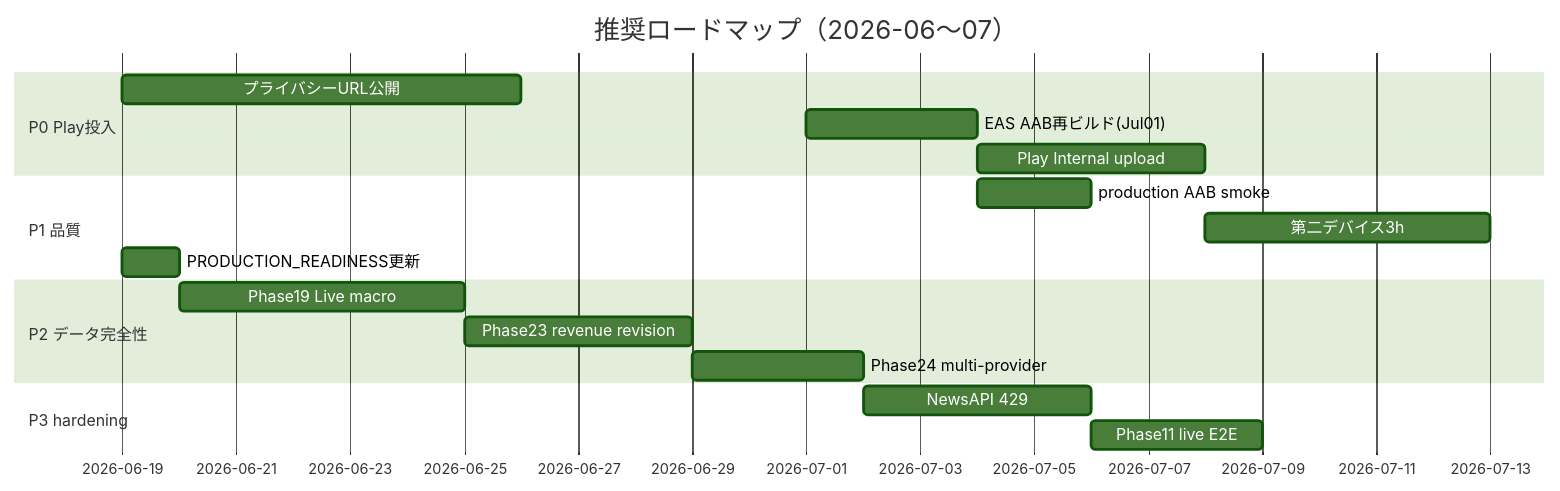
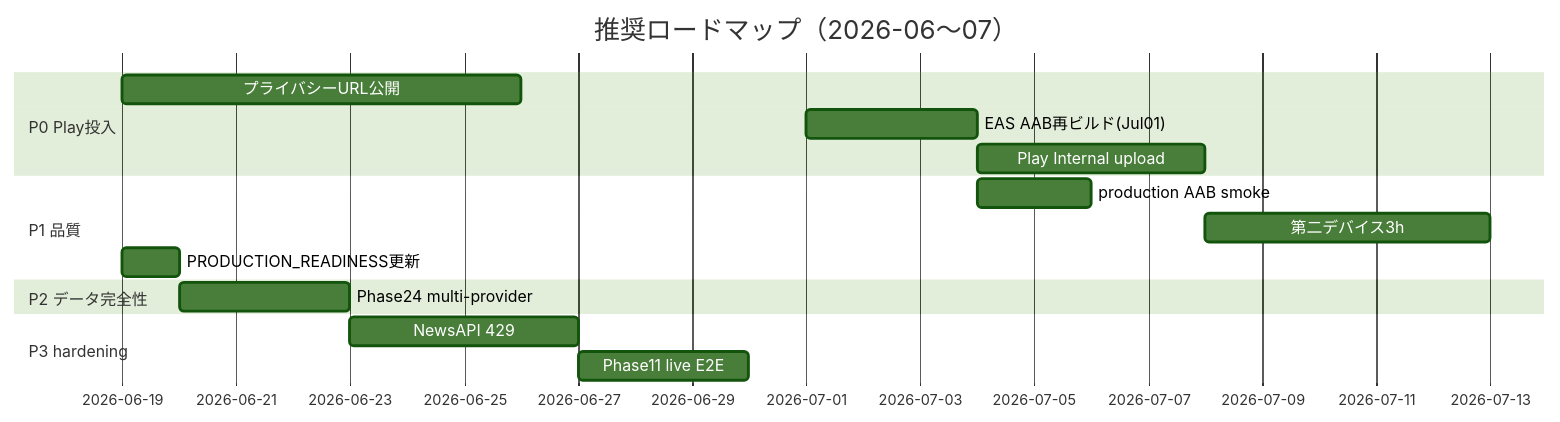
One commit to k416my-blip/stock-trading-assistant changed the diagram in docs/review/FINAL_PROJECT_AUDIT_REPORT.md. Above: the diagram before and after it, drawn with Mermaid (forest theme). The commit also changed other lines of this file and 7 other files, not shown here.

First line of the commit message:
fix(phase23): complete revenue revision 6/6 via Yahoo epsTrend corridor

````diff
--- a/docs/review/FINAL_PROJECT_AUDIT_REPORT.md
+++ b/docs/review/FINAL_PROJECT_AUDIT_REPORT.md
@@ -275,20 +270,18 @@
 ```mermaid
 gantt
  title 推奨ロードマップ（2026-06〜07）
  dateFormat YYYY-MM-DD
  section P0 Play投入
  プライバシーURL公開 :a1, 2026-06-19, 7d
  EAS AAB再ビルド(Jul01) :a2, 2026-07-01, 3d
  Play Internal upload :a3, after a2, 4d
  section P1 品質
  production AAB smoke :b1, after a2, 2d
  第二デバイス3h :b2, after a3, 5d
  PRODUCTION_READINESS更新 :b3, 2026-06-19, 1d
  section P2 データ完全性
- Phase19 Live macro :c1, after b3, 5d
- Phase23 revenue revision :c2, after c1, 4d
- Phase24 multi-provider :c3, after c2, 3d
+ Phase24 multi-provider :c1, after b3, 3d
  section P3 hardening
- NewsAPI 429 :d1, after c3, 4d
+ NewsAPI 429 :d1, after c1, 4d
  Phase11 live E2E :d2, after d1, 3d
 ```
````
